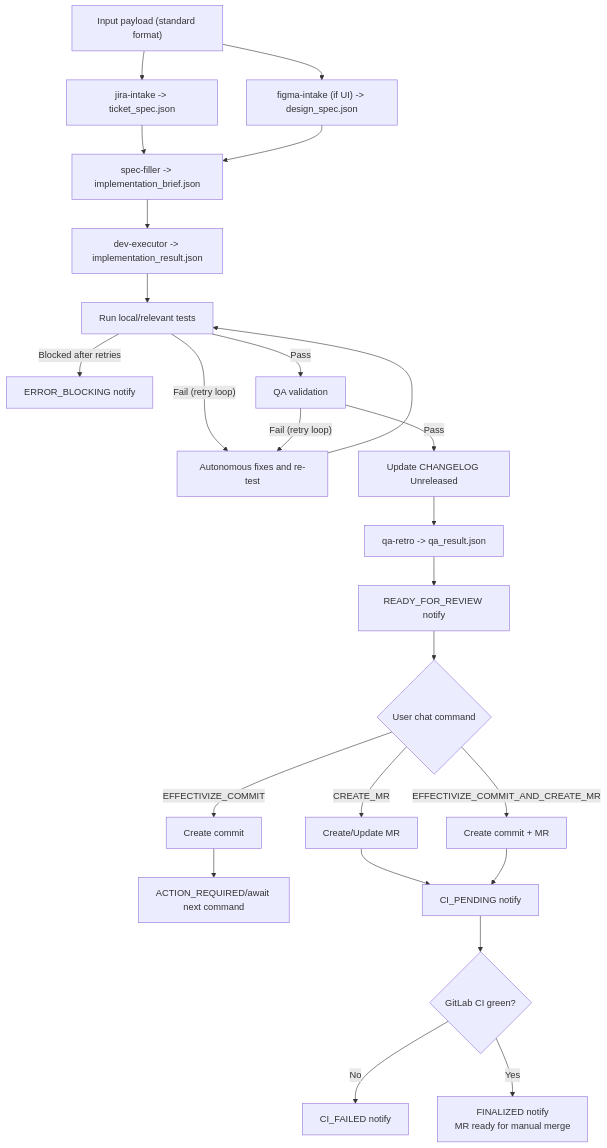
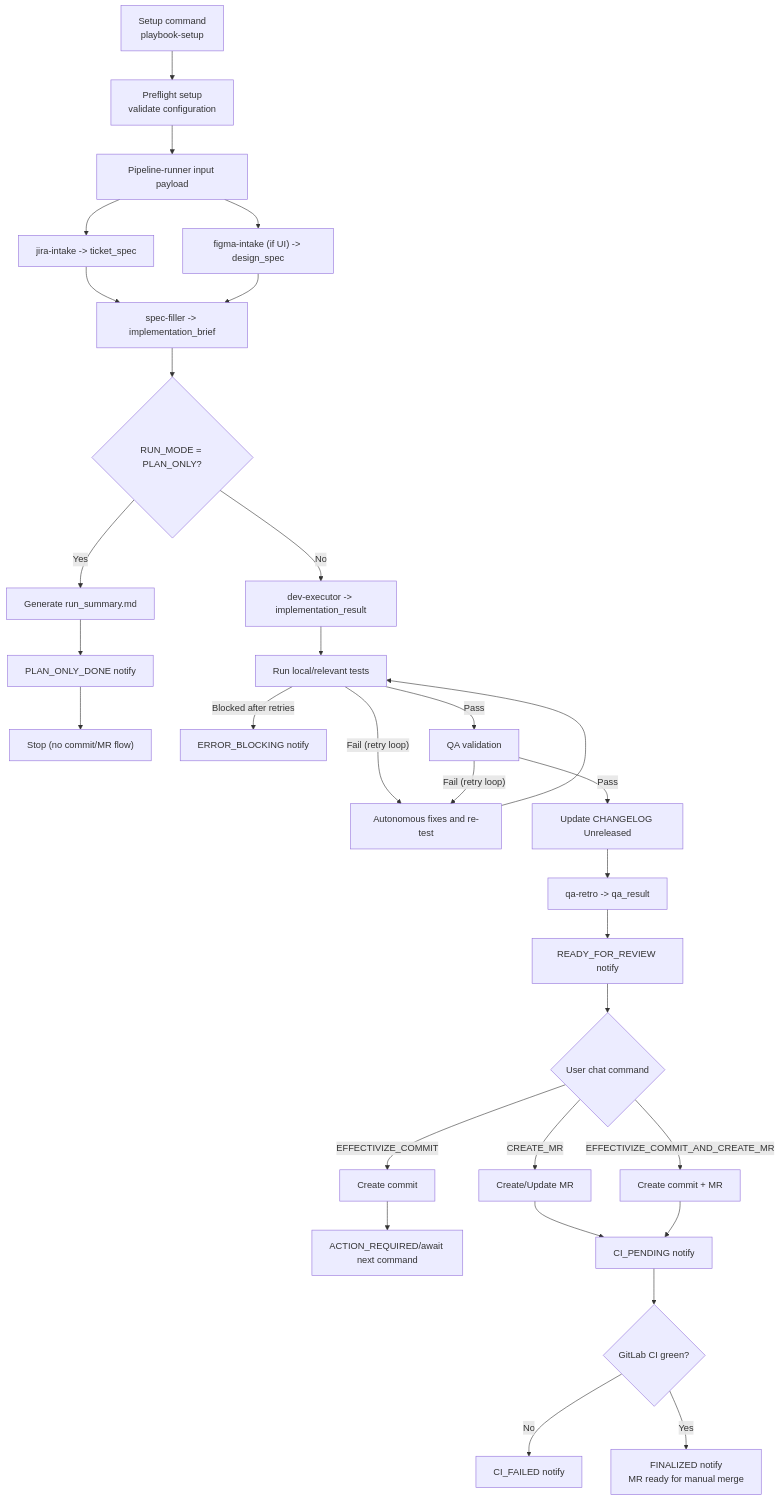
The diagram in workflow.md (tinchostefoni/mobile-delivery-playbook), drawn with Mermaid before and after one commit. The commit also changed other lines of this file and 16 other files, not shown here.

Commit message:
chore(playbook): finalize setup, preflight and docs alignment

````diff
--- a/workflow.md
+++ b/workflow.md
@@ -70,27 +163,33 @@
 ```mermaid
 flowchart TD
-    A["Input payload (standard format)"] --> B["jira-intake -> ticket_spec.json"]
-    A --> C["figma-intake (if UI) -> design_spec.json"]
-    B --> D["spec-filler -> implementation_brief.json"]
+    S["Setup command\nplaybook-setup"] --> P["Preflight setup\nvalidate configuration"]
+    P --> A["Pipeline-runner input payload"]
+    A --> B["jira-intake -> ticket_spec"]
+    A --> C["figma-intake (if UI) -> design_spec"]
+    B --> D["spec-filler -> implementation_brief"]
     C --> D
-    D --> E["dev-executor -> implementation_result.json"]
+    D --> Q{"RUN_MODE = PLAN_ONLY?"}
+    Q -->|"Yes"| RS["Generate run_summary.md"]
+    RS --> PF["PLAN_ONLY_DONE notify"]
+    PF --> ENDP["Stop (no commit/MR flow)"]
+    Q -->|"No"| E["dev-executor -> implementation_result"]
     E --> F["Run local/relevant tests"]
     F -->|"Fail (retry loop)"| R["Autonomous fixes and re-test"]
     R --> F
     F -->|"Blocked after retries"| X["ERROR_BLOCKING notify"]
     F -->|"Pass"| G["QA validation"]
     G -->|"Fail (retry loop)"| R
     G -->|"Pass"| H["Update CHANGELOG Unreleased"]
-    H --> I["qa-retro -> qa_result.json"]
+    H --> I["qa-retro -> qa_result"]
     I --> J["READY_FOR_REVIEW notify"]
     J --> U{"User chat command"}
     U -->|"EFFECTIVIZE_COMMIT"| C1["Create commit"]
     U -->|"CREATE_MR"| C2["Create/Update MR"]
     U -->|"EFFECTIVIZE_COMMIT_AND_CREATE_MR"| C3["Create commit + MR"]
     C1 --> Z["ACTION_REQUIRED/await next command"]
     C2 --> L["CI_PENDING notify"]
     C3 --> L
     L --> M{"GitLab CI green?"}
     M -->|"No"| N["CI_FAILED notify"]
     M -->|"Yes"| O["FINALIZED notify\nMR ready for manual merge"]
 ```
````
